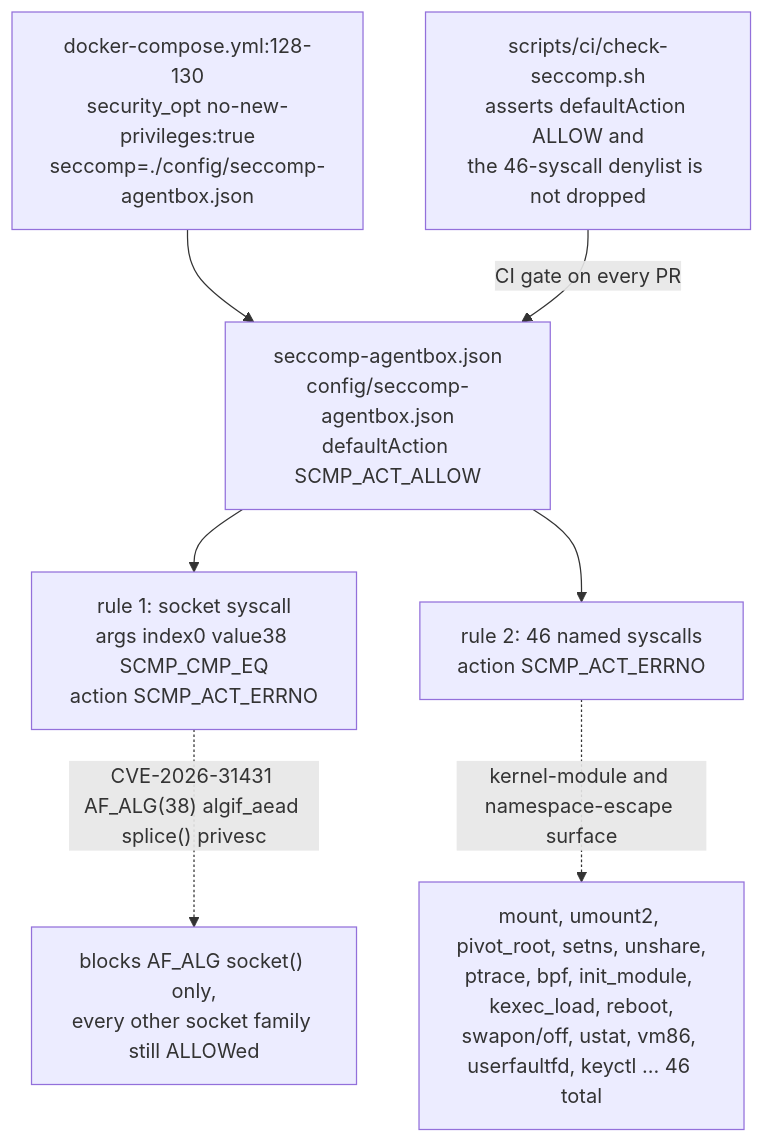
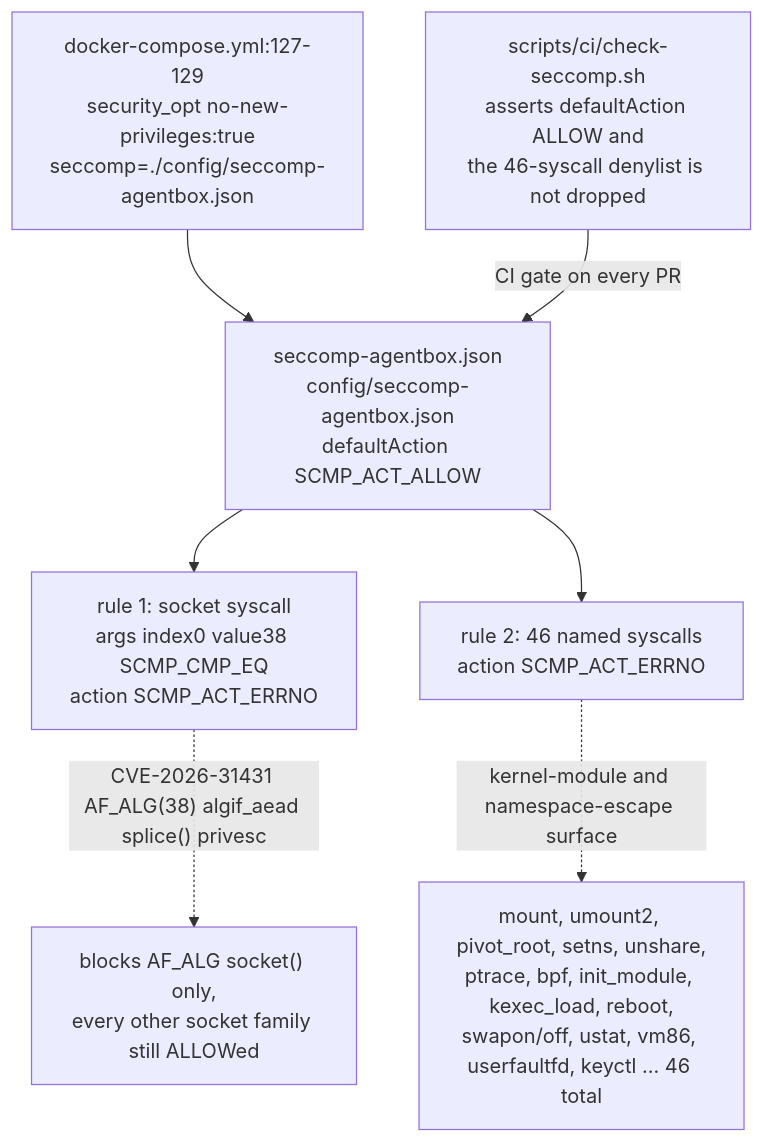
Before and after one commit to DreamLab-AI/VisionFlow: diagram 14 of 21 in docs/diagrams/agentbox/02-boot-sequence-and-readiness.md, drawn with Mermaid. The commit also changed other lines of this file, not shown here.

First line of the commit message:
diagrams(agentbox): re-verify AB-02 at agentbox 59b1aca

````diff
--- a/docs/diagrams/agentbox/02-boot-sequence-and-readiness.md
+++ b/docs/diagrams/agentbox/02-boot-sequence-and-readiness.md
@@ -619,15 +619,15 @@
 ```mermaid
 flowchart TB
-    COMPOSE["docker-compose.yml:128-130<br/>security_opt no-new-privileges:true<br/>seccomp=./config/seccomp-agentbox.json"]
+    COMPOSE["docker-compose.yml:127-129<br/>security_opt no-new-privileges:true<br/>seccomp=./config/seccomp-agentbox.json"]
     PROFILE["seccomp-agentbox.json<br/>config/seccomp-agentbox.json<br/>defaultAction SCMP_ACT_ALLOW"]
     SOCK["rule 1: socket syscall<br/>args index0 value38 SCMP_CMP_EQ<br/>action SCMP_ACT_ERRNO"]
     DENY["rule 2: 46 named syscalls<br/>action SCMP_ACT_ERRNO"]
     CI["scripts/ci/check-seccomp.sh<br/>asserts defaultAction ALLOW and<br/>the 46-syscall denylist is not dropped"]
 
     COMPOSE --> PROFILE
     PROFILE --> SOCK
     PROFILE --> DENY
     SOCK -.->|"CVE-2026-31431 AF_ALG(38) algif_aead splice() privesc"| SOCKNOTE["blocks AF_ALG socket() only,<br/>every other socket family still ALLOWed"]
     DENY -.->|"kernel-module and namespace-escape surface"| DENYLIST["mount, umount2, pivot_root, setns, unshare,<br/>ptrace, bpf, init_module, kexec_load, reboot,<br/>swapon/off, ustat, vm86, userfaultfd, keyctl ... 46 total"]
     CI -->|"CI gate on every PR"| PROFILE
 ```
````
